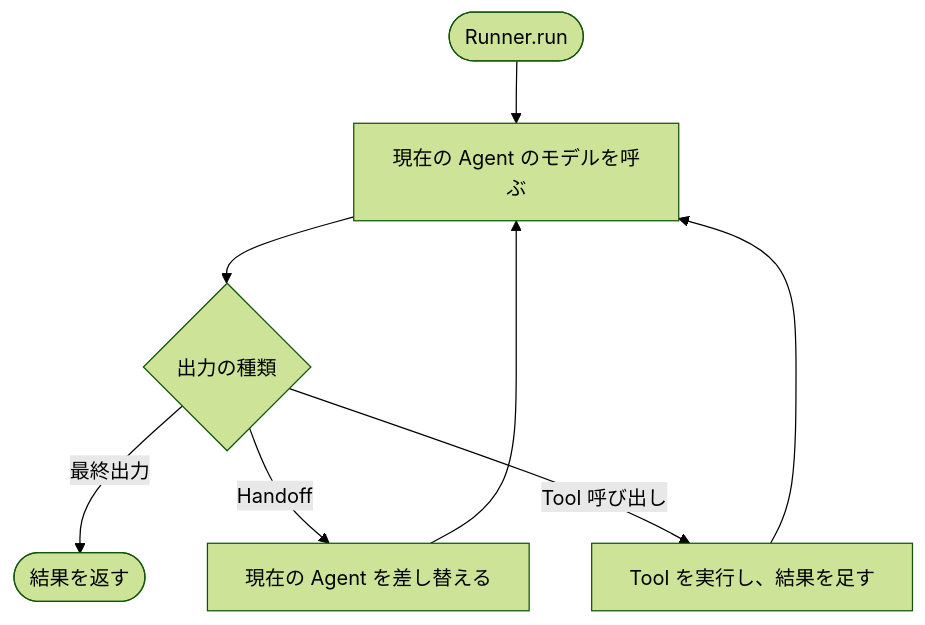
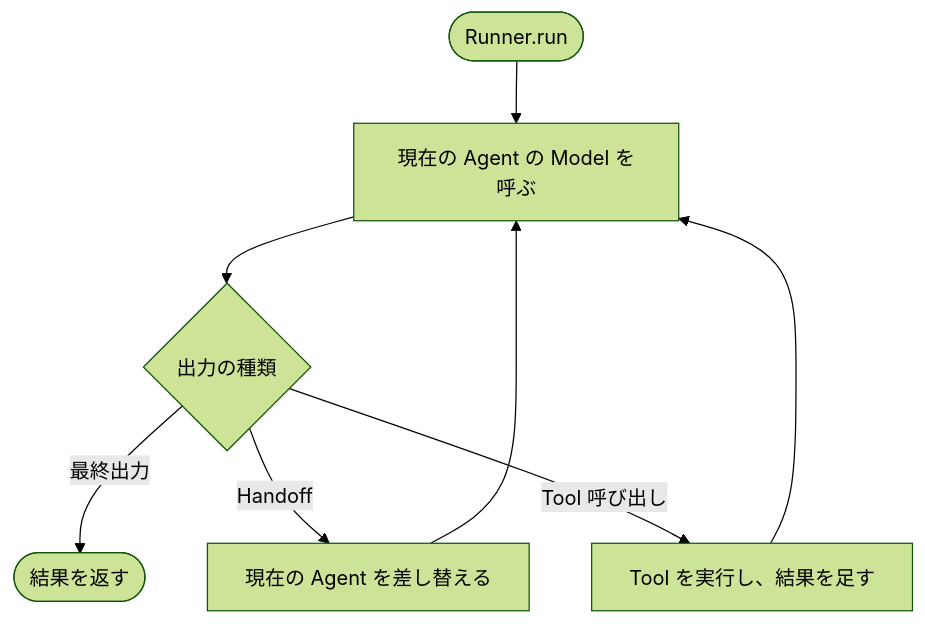
The third of 6 diagrams in app/routes/posts/agent-concepts-and-modeling/index.mdx (p1ass/blog), drawn with Mermaid (forest theme) before and after one commit. The commit also changed other lines of this file, not shown here.

First line of the commit message:
用語を Model、Instructions、Tool に統一し、不要な年代と「だけ」を削る

````diff
--- a/app/routes/posts/agent-concepts-and-modeling/index.mdx
+++ b/app/routes/posts/agent-concepts-and-modeling/index.mdx
@@ -165,10 +170,10 @@
 ```mermaid
 flowchart TD
-  start([Runner.run]) --> invoke[現在の Agent のモデルを呼ぶ]
+  start([Runner.run]) --> invoke[現在の Agent の Model を呼ぶ]
   invoke --> kind{出力の種類}
   kind -->|最終出力| done([結果を返す])
   kind -->|Handoff| swap[現在の Agent を差し替える]
   swap --> invoke
   kind -->|Tool 呼び出し| exec[Tool を実行し、結果を足す]
   exec --> invoke
 ```
````
